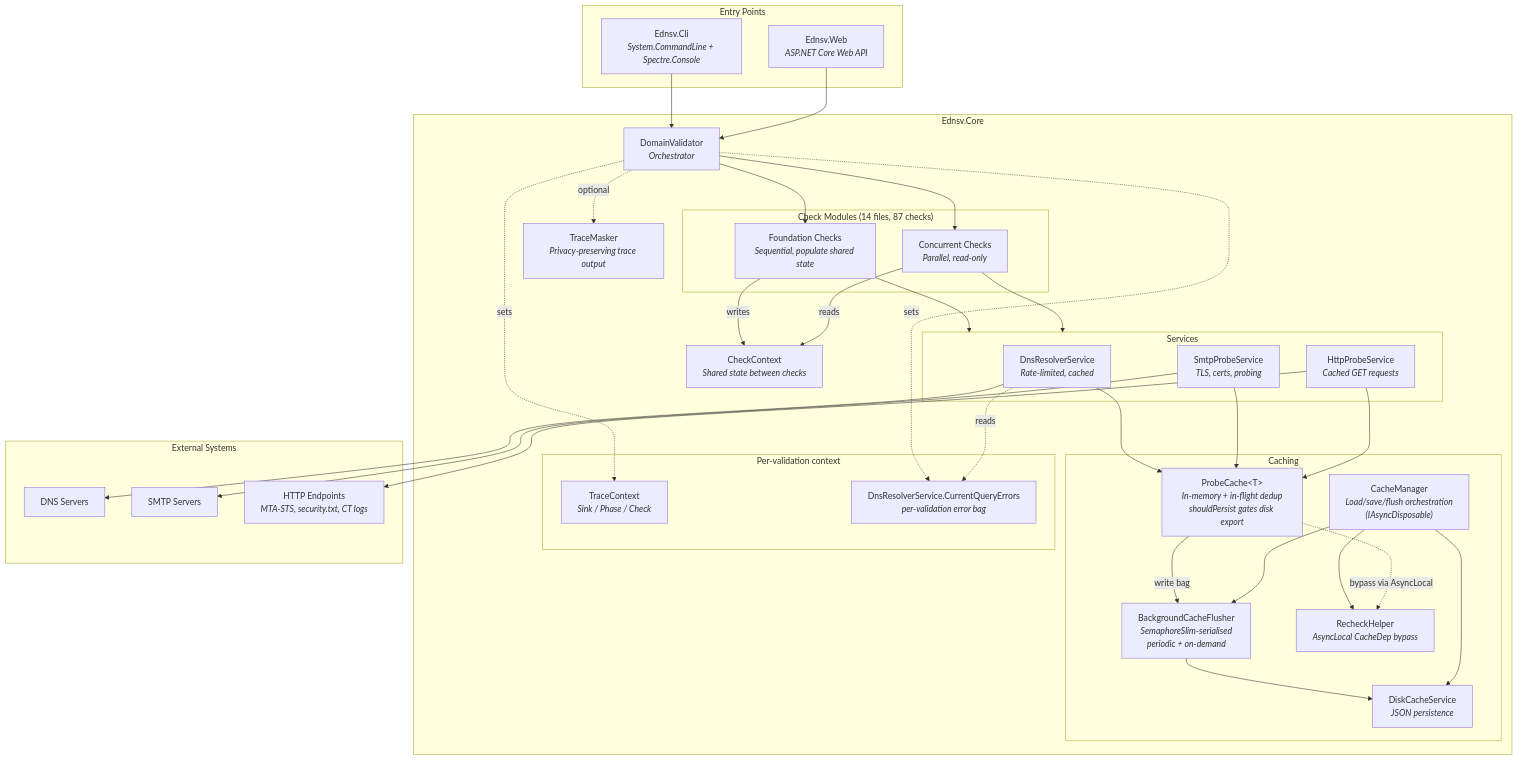
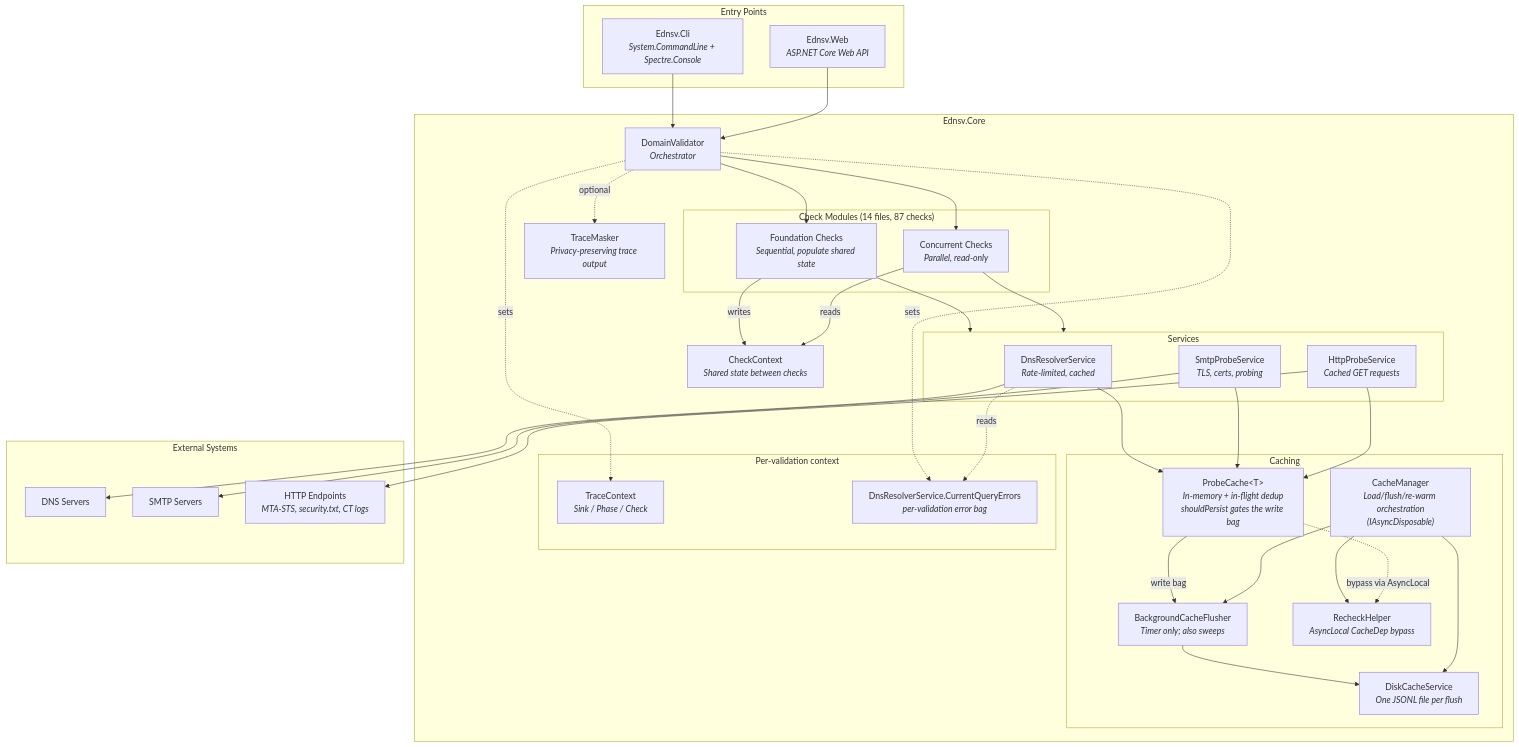
Before and after one commit to pkinerd/ednsv: the diagram in docs/architecture.md, drawn with Mermaid. The commit also changed other lines of this file and 4 other files, not shown here.

````diff
--- a/docs/architecture.md
+++ b/docs/architecture.md
@@ -7,70 +7,70 @@
 ```mermaid
 graph TD
     subgraph Entry Points
         CLI["Ednsv.Cli<br/><i>System.CommandLine + Spectre.Console</i>"]
         WEB["Ednsv.Web<br/><i>ASP.NET Core Web API</i>"]
     end
 
     subgraph "Ednsv.Core"
         DV["DomainValidator<br/><i>Orchestrator</i>"]
 
         subgraph Checks["Check Modules (14 files, 87 checks)"]
             FC["Foundation Checks<br/><i>Sequential, populate shared state</i>"]
             CC["Concurrent Checks<br/><i>Parallel, read-only</i>"]
         end
 
         CTX["CheckContext<br/><i>Shared state between checks</i>"]
 
         subgraph Services
             DNS["DnsResolverService<br/><i>Rate-limited, cached</i>"]
             SMTP["SmtpProbeService<br/><i>TLS, certs, probing</i>"]
             HTTP["HttpProbeService<br/><i>Cached GET requests</i>"]
         end
 
         subgraph Caching
-            PC["ProbeCache&lt;T&gt;<br/><i>In-memory + in-flight dedup<br/>shouldPersist gates disk export</i>"]
-            DISK["DiskCacheService<br/><i>JSON persistence</i>"]
-            FLUSH["BackgroundCacheFlusher<br/><i>SemaphoreSlim-serialised<br/>periodic + on-demand</i>"]
-            CM["CacheManager<br/><i>Load/save/flush orchestration<br/>(IAsyncDisposable)</i>"]
+            PC["ProbeCache&lt;T&gt;<br/><i>In-memory + in-flight dedup<br/>shouldPersist gates the write bag</i>"]
+            DISK["DiskCacheService<br/><i>One JSONL file per flush</i>"]
+            FLUSH["BackgroundCacheFlusher<br/><i>Timer only; also sweeps</i>"]
+            CM["CacheManager<br/><i>Load/flush/re-warm orchestration<br/>(IAsyncDisposable)</i>"]
             RH["RecheckHelper<br/><i>AsyncLocal CacheDep bypass</i>"]
         end
 
         subgraph Async["Per-validation context"]
             TC["TraceContext<br/><i>Sink / Phase / Check</i>"]
             CQE["DnsResolverService.CurrentQueryErrors<br/><i>per-validation error bag</i>"]
         end
 
         TM["TraceMasker<br/><i>Privacy-preserving trace output</i>"]
     end
 
     subgraph External["External Systems"]
         DNSSRV["DNS Servers"]
         SMTPSRV["SMTP Servers"]
         HTTPSRV["HTTP Endpoints<br/><i>MTA-STS, security.txt, CT logs</i>"]
     end
 
     CLI --> DV
     WEB --> DV
     DV --> FC
     DV --> CC
     FC -->|writes| CTX
     CC -->|reads| CTX
     FC --> Services
     CC --> Services
     DNS --> PC
     SMTP --> PC
     HTTP --> PC
     PC -->|write bag| FLUSH
     FLUSH --> DISK
     CM --> FLUSH
     CM --> DISK
     CM --> RH
     PC -.->|bypass via AsyncLocal| RH
     DV -.->|sets| TC
     DV -.->|sets| CQE
     DNS -.->|reads| CQE
     DNS --> DNSSRV
     SMTP --> SMTPSRV
     HTTP --> HTTPSRV
     DV -.->|optional| TM
 ```
````
